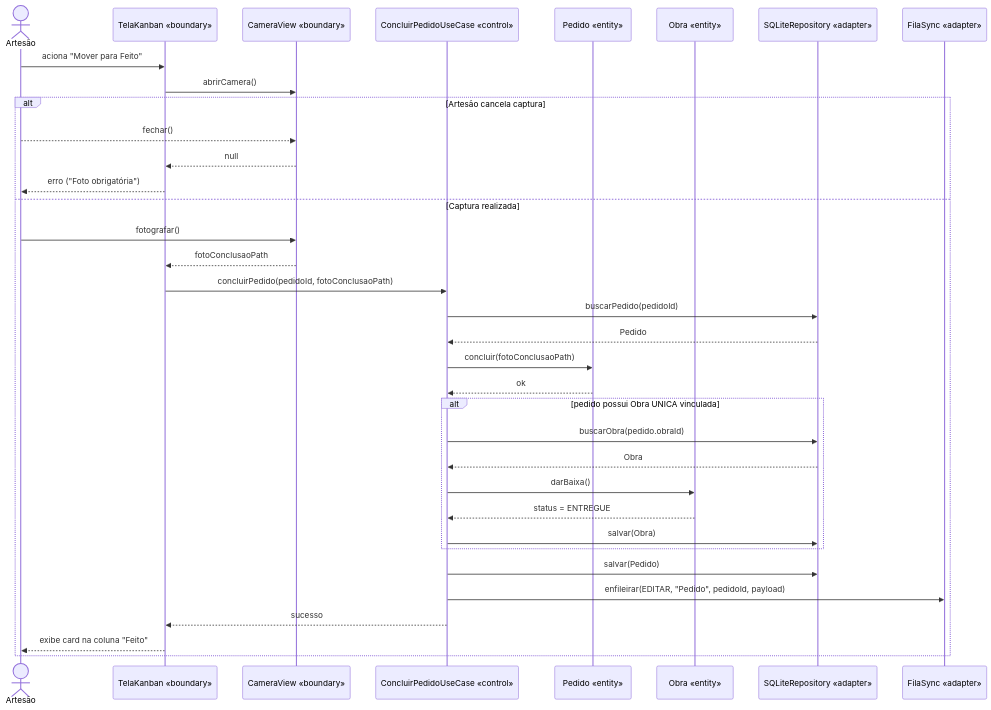
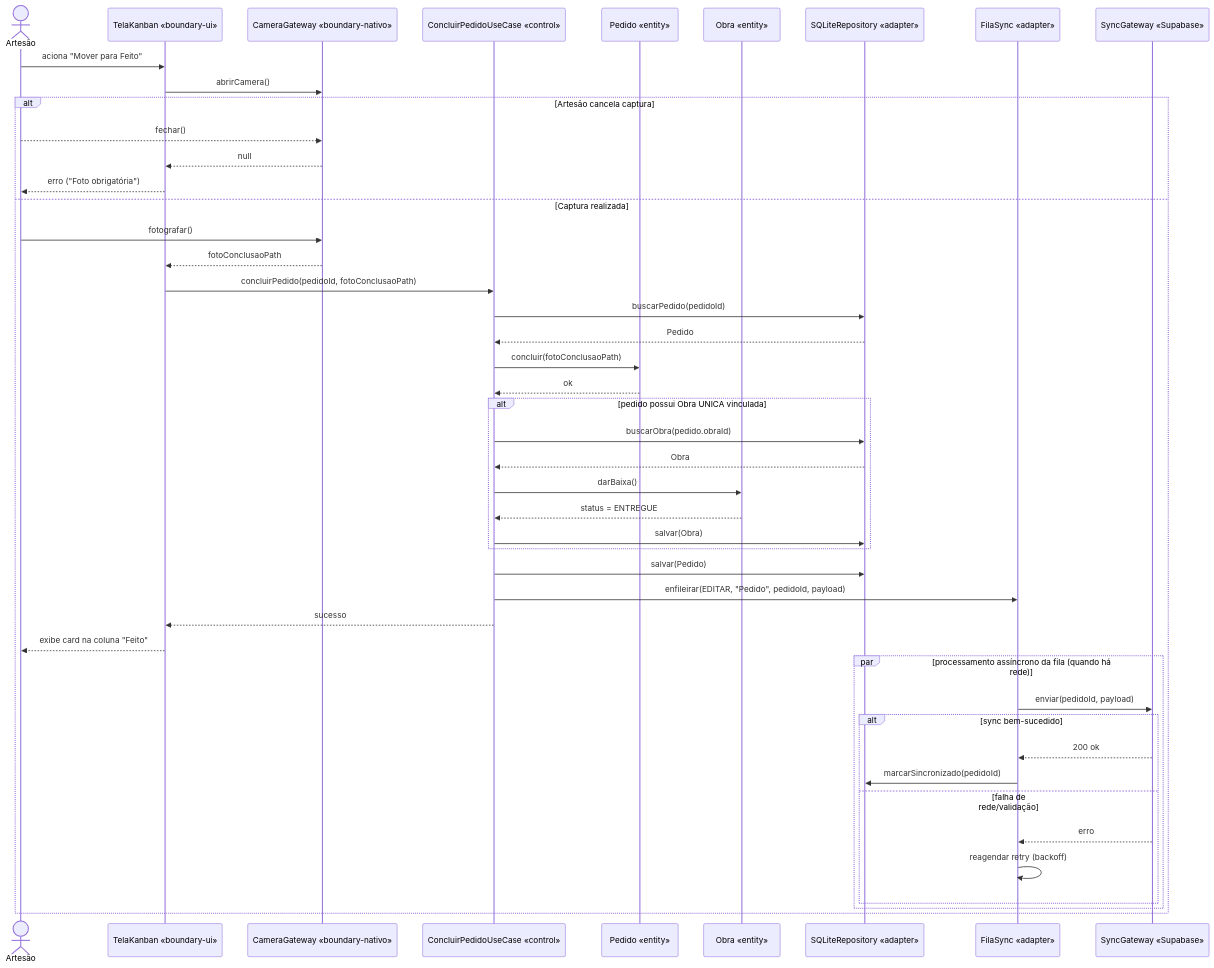
Diagram 11 of 14 in docs/ate-fase2.md (rmofilh/ate), drawn with Mermaid before and after one commit. The commit also changed other lines of this file and 13 other files, not shown here.

````diff
--- a/docs/ate-fase2.md
+++ b/docs/ate-fase2.md
@@ -917,44 +1055,56 @@
 ```mermaid
 sequenceDiagram
     actor Artesao as Artesão
-    participant Tela as TelaKanban «boundary»
-    participant Cam as CameraView «boundary»
+    participant Tela as TelaKanban «boundary-ui»
+    participant Cam as CameraGateway «boundary-nativo»
     participant UC as ConcluirPedidoUseCase «control»
     participant Pedido as Pedido «entity»
     participant Obra as Obra «entity»
     participant Repo as SQLiteRepository «adapter»
     participant Fila as FilaSync «adapter»
+    participant Sync as SyncGateway «Supabase»
 
     Artesao ->> Tela: aciona "Mover para Feito"
     Tela ->> Cam: abrirCamera()
     
     alt Artesão cancela captura
         Artesao -->> Cam: fechar()
         Cam -->> Tela: null
         Tela -->> Artesao: erro ("Foto obrigatória")
     else Captura realizada
         Artesao ->> Cam: fotografar()
         Cam -->> Tela: fotoConclusaoPath
         
         Tela ->> UC: concluirPedido(pedidoId, fotoConclusaoPath)
         UC ->> Repo: buscarPedido(pedidoId)
         Repo -->> UC: Pedido
         
         UC ->> Pedido: concluir(fotoConclusaoPath)
         Pedido -->> UC: ok
         
         alt pedido possui Obra UNICA vinculada
             UC ->> Repo: buscarObra(pedido.obraId)
             Repo -->> UC: Obra
             UC ->> Obra: darBaixa()
             Obra -->> UC: status = ENTREGUE
             UC ->> Repo: salvar(Obra)
         end
         
         UC ->> Repo: salvar(Pedido)
         UC ->> Fila: enfileirar(EDITAR, "Pedido", pedidoId, payload)
         
         UC -->> Tela: sucesso
         Tela -->> Artesao: exibe card na coluna "Feito"
+
+        par processamento assíncrono da fila (quando há rede)
+            Fila ->> Sync: enviar(pedidoId, payload)
+            alt sync bem-sucedido
+                Sync -->> Fila: 200 ok
+                Fila ->> Repo: marcarSincronizado(pedidoId)
+            else falha de rede/validação
+                Sync -->> Fila: erro
+                Fila ->> Fila: reagendar retry (backoff)
+            end
+        end
     end
 ```
````
